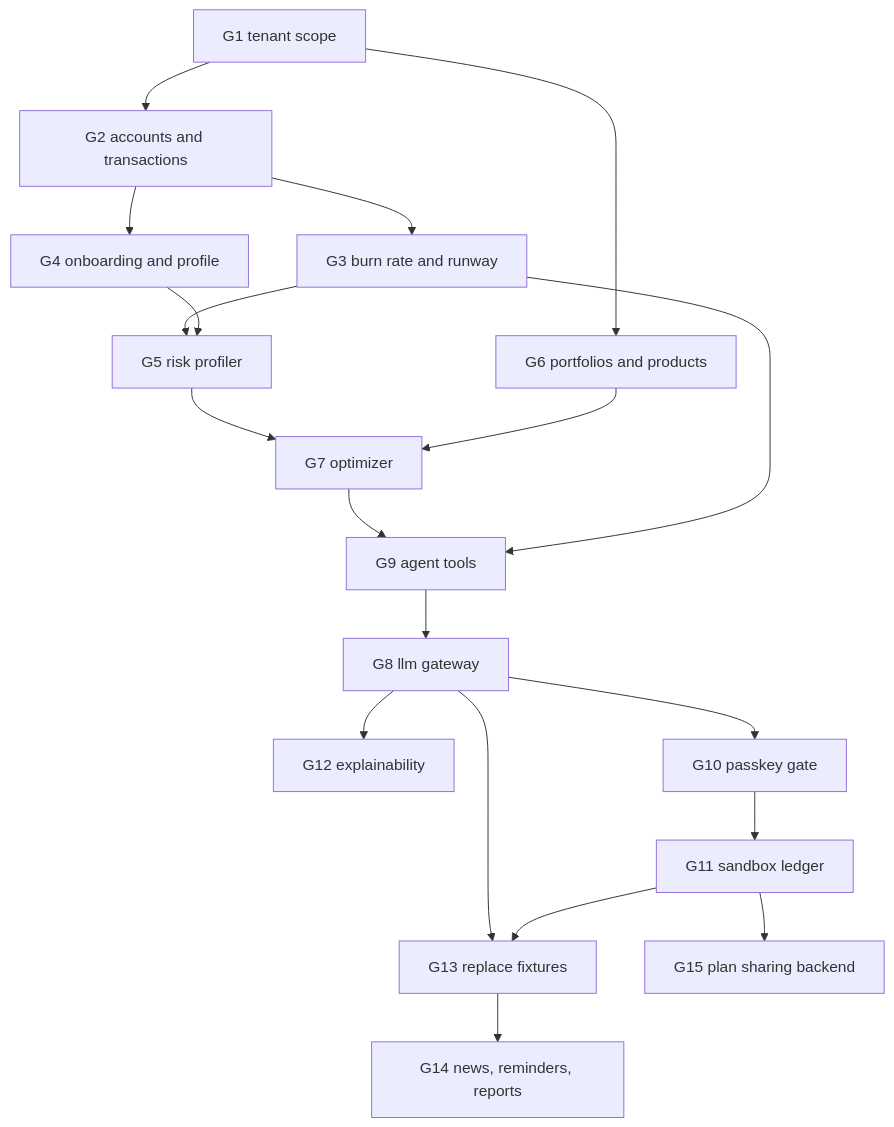
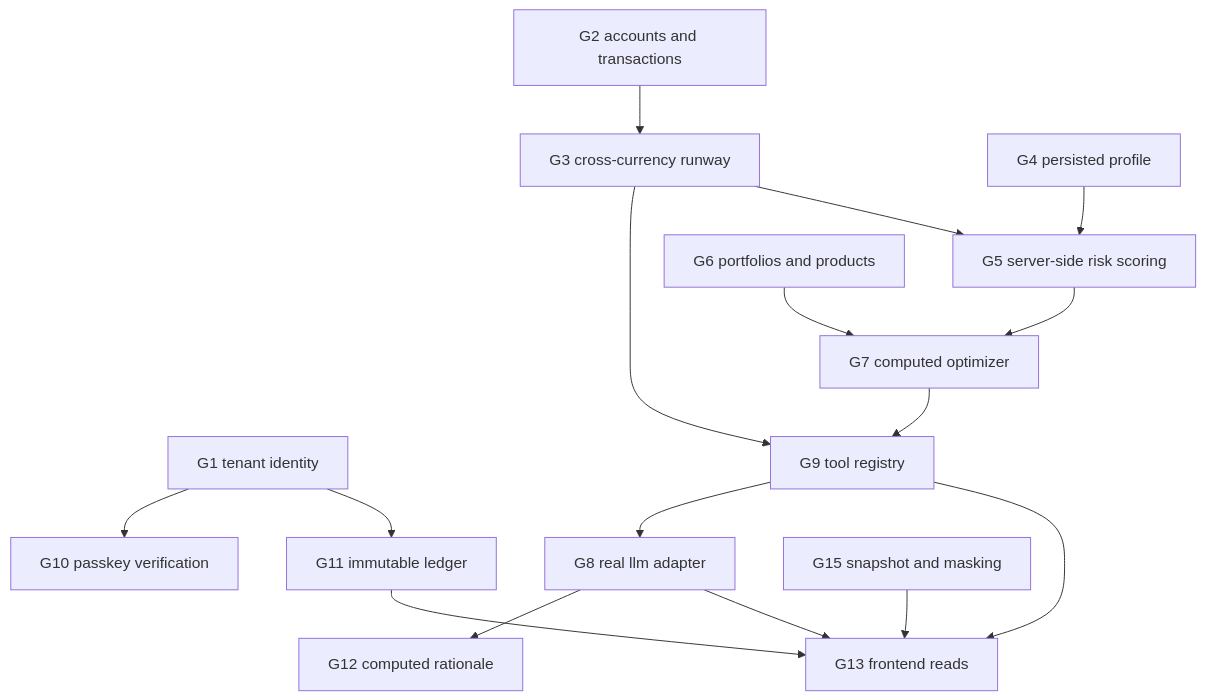
One commit to Nikhil-Mundhra/Wealth-Advisor changed the diagram in docs/domain/advisory-gaps.md. Above: the diagram before and after it, drawn with Mermaid. The commit also changed other lines of this file and 2 other files, not shown here.

````diff
--- a/docs/domain/advisory-gaps.md
+++ b/docs/domain/advisory-gaps.md
@@ -7,21 +9,17 @@
 ```mermaid
 flowchart TB
-  g1[G1 tenant scope] --> g2[G2 accounts and transactions]
-  g1 --> g6[G6 portfolios and products]
-  g2 --> g3[G3 burn rate and runway]
-  g2 --> g4[G4 onboarding and profile]
-  g3 --> g5[G5 risk profiler]
-  g4 --> g5
-  g5 --> g7[G7 optimizer]
-  g6 --> g7
-  g7 --> g9[G9 agent tools]
-  g3 --> g9
-  g9 --> g8[G8 llm gateway]
-  g8 --> g12[G12 explainability]
-  g8 --> g13[G13 replace fixtures]
-  g8 --> g10[G10 passkey gate]
-  g10 --> g11[G11 sandbox ledger]
+  g1[G1 tenant identity] --> g10[G10 passkey verification]
+  g1 --> g11[G11 immutable ledger]
+  g2[G2 accounts and transactions] --> g3[G3 cross-currency runway] --> g9[G9 tool registry]
+  g4[G4 persisted profile] --> g5[G5 server-side risk scoring]
+  g3 --> g5
+  g5 --> g7[G7 computed optimizer]
+  g6[G6 portfolios and products] --> g7
+  g7 --> g9
+  g9 --> g8[G8 real llm adapter]
+  g8 --> g12[G12 computed rationale]
+  g9 --> g13[G13 frontend reads]
+  g8 --> g13
   g11 --> g13
-  g13 --> g14[G14 news, reminders, reports]
-  g11 --> g15[G15 plan sharing backend]
+  g15[G15 snapshot and masking] --> g13
 ```
````
